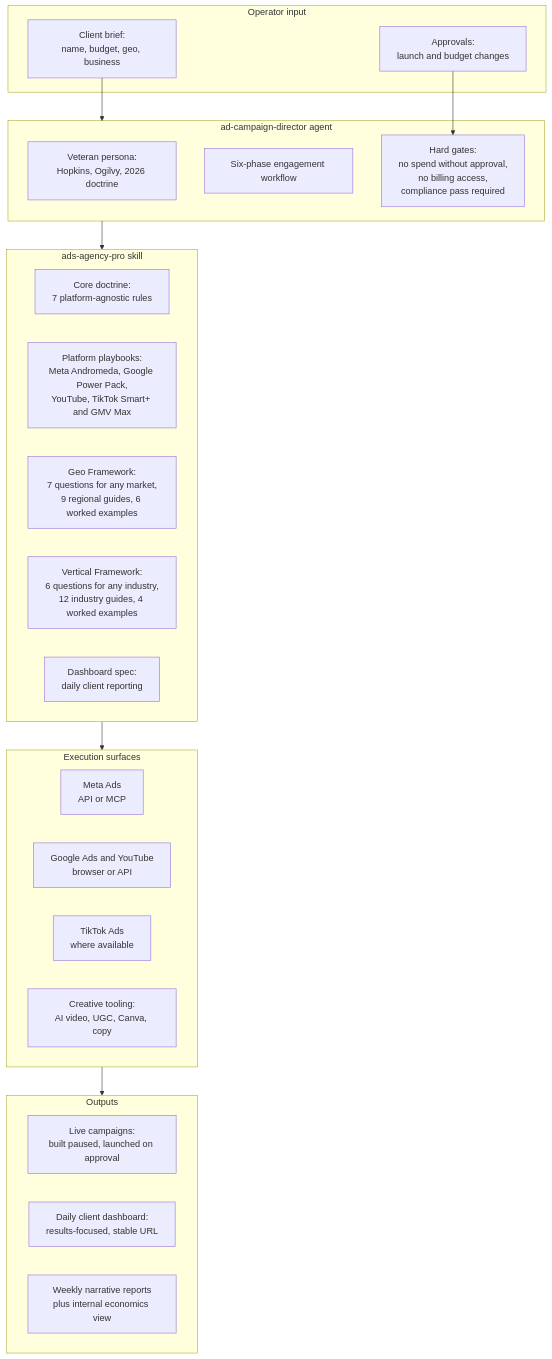
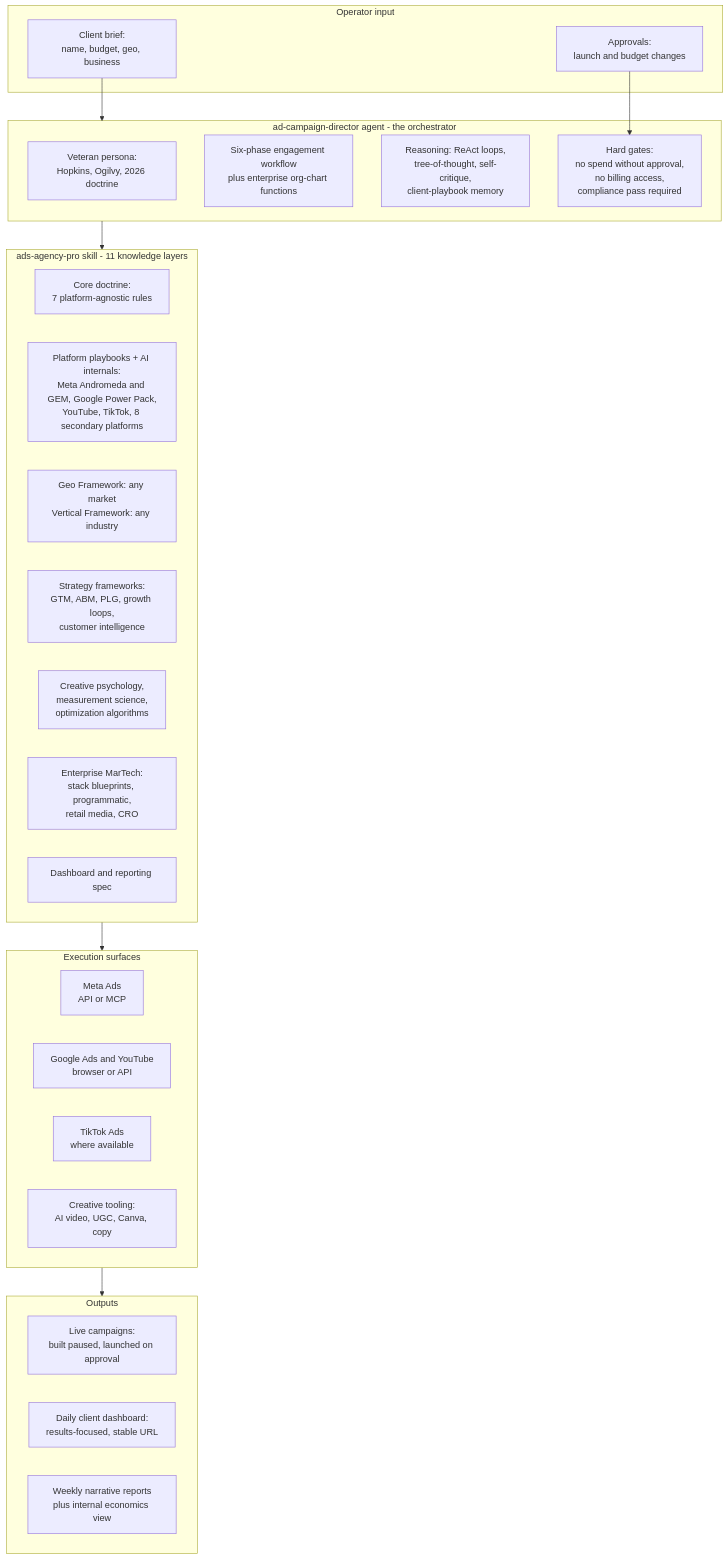
The first of 2 diagrams in README.md (rghrmkr1993/ad-campaign-skills), drawn with Mermaid before and after one commit. The commit also changed other lines of this file and 1 other file, not shown here.

Commit message:
docs: update architecture diagram, file tree, and skill contents for v2.1-v2.2 layers

````diff
--- a/README.md
+++ b/README.md
@@ -25,40 +25,43 @@
 ```mermaid
 flowchart TB
     subgraph INPUT["Operator input"]
         BRIEF["Client brief:<br/>name, budget, geo, business"]
         APPROVE["Approvals:<br/>launch and budget changes"]
     end
 
-    subgraph AGENT["ad-campaign-director agent"]
+    subgraph AGENT["ad-campaign-director agent - the orchestrator"]
         PERSONA["Veteran persona:<br/>Hopkins, Ogilvy, 2026 doctrine"]
-        WORKFLOW["Six-phase engagement workflow"]
+        WORKFLOW["Six-phase engagement workflow<br/>plus enterprise org-chart functions"]
+        REASON["Reasoning: ReAct loops,<br/>tree-of-thought, self-critique,<br/>client-playbook memory"]
         GATES["Hard gates:<br/>no spend without approval,<br/>no billing access,<br/>compliance pass required"]
     end
 
-    subgraph SKILL["ads-agency-pro skill"]
+    subgraph SKILL["ads-agency-pro skill - 11 knowledge layers"]
         DOCTRINE["Core doctrine:<br/>7 platform-agnostic rules"]
-        PLATFORMS["Platform playbooks:<br/>Meta Andromeda, Google Power Pack,<br/>YouTube, TikTok Smart+ and GMV Max"]
-        GEO["Geo Framework:<br/>7 questions for any market,<br/>9 regional guides, 6 worked examples"]
-        VERTICAL["Vertical Framework:<br/>6 questions for any industry,<br/>12 industry guides, 4 worked examples"]
-        DASH["Dashboard spec:<br/>daily client reporting"]
+        PLATFORMS["Platform playbooks + AI internals:<br/>Meta Andromeda and GEM, Google Power Pack,<br/>YouTube, TikTok, 8 secondary platforms"]
+        GEO["Geo Framework: any market<br/>Vertical Framework: any industry"]
+        STRAT["Strategy frameworks:<br/>GTM, ABM, PLG, growth loops,<br/>customer intelligence"]
+        BRAIN["Creative psychology,<br/>measurement science,<br/>optimization algorithms"]
+        TECH["Enterprise MarTech:<br/>stack blueprints, programmatic,<br/>retail media, CRO"]
+        DASH["Dashboard and reporting spec"]
     end
 
     subgraph EXEC["Execution surfaces"]
         META["Meta Ads<br/>API or MCP"]
         GOOGLE["Google Ads and YouTube<br/>browser or API"]
         TIKTOK["TikTok Ads<br/>where available"]
         CREATIVE["Creative tooling:<br/>AI video, UGC, Canva, copy"]
     end
 
     subgraph OUT["Outputs"]
         CAMPAIGNS["Live campaigns:<br/>built paused, launched on approval"]
         DASHBOARD["Daily client dashboard:<br/>results-focused, stable URL"]
         REPORTS["Weekly narrative reports<br/>plus internal economics view"]
     end
 
     BRIEF --> AGENT
     APPROVE --> GATES
     AGENT --> SKILL
     SKILL --> EXEC
     EXEC --> OUT
 ```
````
